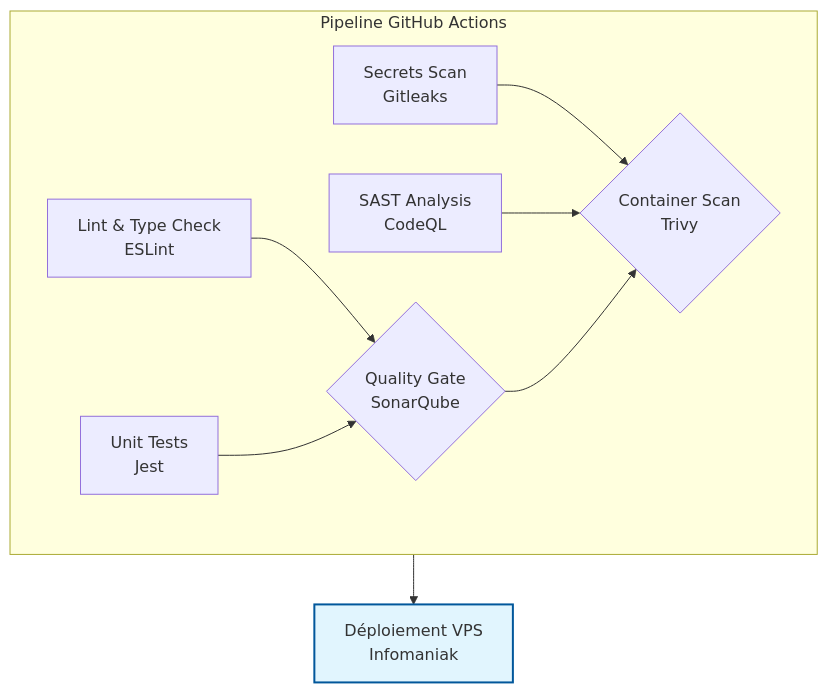
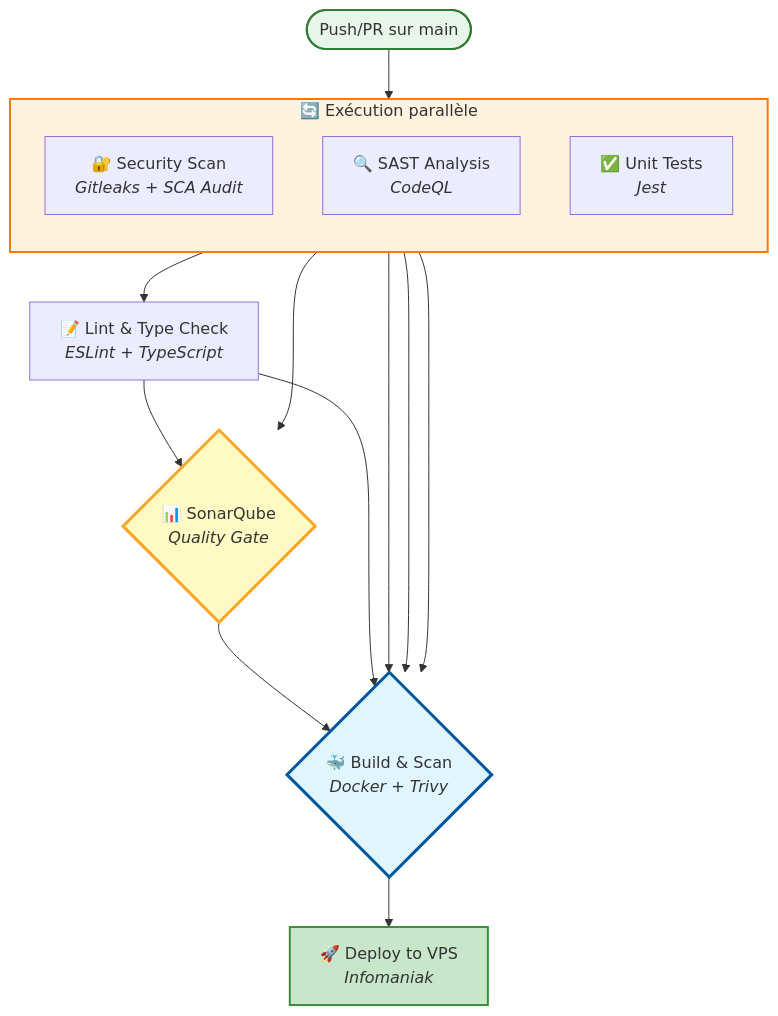
Before and after one commit to Chleau/nomos: the first of 2 diagrams in docs/Architecture.md, drawn with Mermaid. The commit also changed other lines of this file, not shown here.

````diff
--- a/docs/Architecture.md
+++ b/docs/Architecture.md
@@ -9,24 +9,39 @@
 ```mermaid
-flowchart TD
-    subgraph CI ["Pipeline GitHub Actions"]
-        direction LR
-        SCA[Secrets Scan<br/>Gitleaks]
-        SAST[SAST Analysis<br/>CodeQL]
-        Tests[Unit Tests<br/>Jest]
-        Lint[Lint & Type Check<br/>ESLint]
-        
-        Sonar{Quality Gate<br/>SonarQube}
-        Build{Container Scan<br/>Trivy}
-        
-        Lint --> Sonar
-        Tests --> Sonar
-        
-        SCA --> Build
-        SAST --> Build
-        Sonar --> Build
+flowchart TB
+    Start([Push/PR sur main])
+    
+    subgraph Parallel["🔄 Exécution parallèle"]
+        direction TB
+        SCA["🔐 Security Scan<br/><i>Gitleaks + SCA Audit</i>"]
+        SAST["🔍 SAST Analysis<br/><i>CodeQL</i>"]
+        Tests["✅ Unit Tests<br/><i>Jest</i>"]
     end
-
-    Build --> Deploy[Déploiement VPS<br/>Infomaniak]
-
-    style Deploy fill:#e1f5fe,stroke:#01579b,stroke-width:2px
+    
+    Lint["📝 Lint & Type Check<br/><i>ESLint + TypeScript</i>"]
+    
+    Sonar{"📊 SonarQube<br/><i>Quality Gate</i>"}
+    
+    Build{"🐳 Build & Scan<br/><i>Docker + Trivy</i>"}
+    
+    Deploy["🚀 Deploy to VPS<br/><i>Infomaniak</i>"]
+    
+    Start --> Parallel
+    
+    SCA --> Lint
+    SAST --> Build
+    Tests --> Sonar
+    Lint --> Sonar
+    
+    SCA --> Build
+    Tests --> Build
+    Sonar --> Build
+    Lint --> Build
+    
+    Build --> Deploy
+    
+    style Start fill:#e8f5e9,stroke:#2e7d32,stroke-width:2px
+    style Parallel fill:#fff3e0,stroke:#f57c00,stroke-width:2px
+    style Sonar fill:#fff9c4,stroke:#f9a825,stroke-width:3px
+    style Build fill:#e1f5fe,stroke:#01579b,stroke-width:3px
+    style Deploy fill:#c8e6c9,stroke:#388e3c,stroke-width:2px
 ```
````
